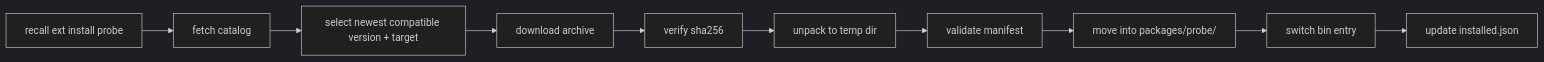
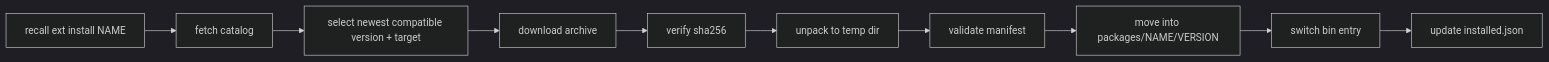
The third of 3 diagrams in docs/extensions.md (samzong/Recall), drawn with Mermaid (dark theme) before and after one commit. The commit also changed other lines of this file and 3 other files, not shown here.

````diff
--- a/docs/extensions.md
+++ b/docs/extensions.md
@@ -382,12 +390,12 @@
 ```mermaid
 flowchart LR
-  Start["recall ext install probe"] --> CatalogFetch["fetch catalog"]
+  Start["recall ext install NAME"] --> CatalogFetch["fetch catalog"]
   CatalogFetch --> Select["select newest compatible version + target"]
   Select --> Download["download archive"]
   Download --> Checksum["verify sha256"]
   Checksum --> Unpack["unpack to temp dir"]
   Unpack --> Manifest["validate manifest"]
-  Manifest --> Move["move into packages/probe/<version>"]
+  Manifest --> Move["move into packages/NAME/VERSION"]
   Move --> Link["switch bin entry"]
   Link --> State["update installed.json"]
 ```
````
